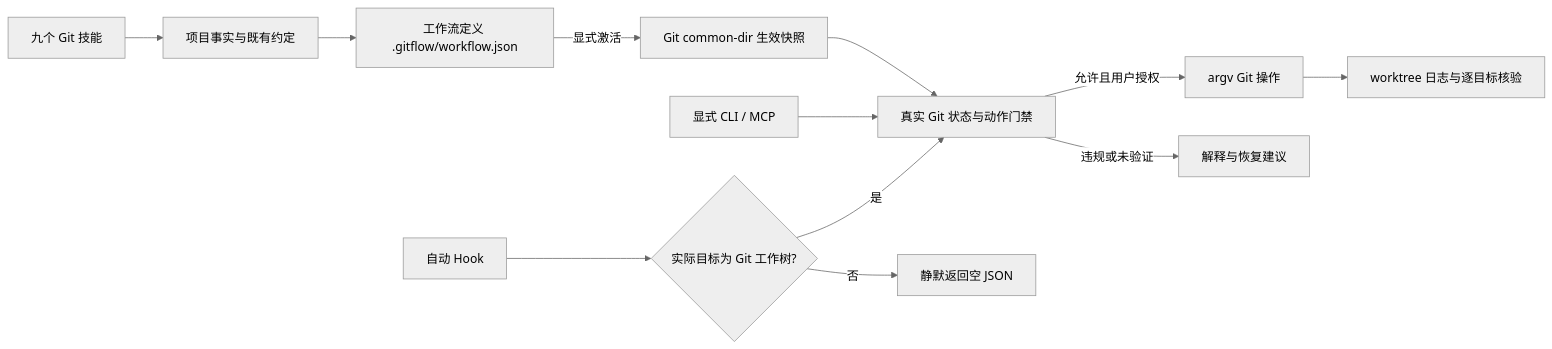
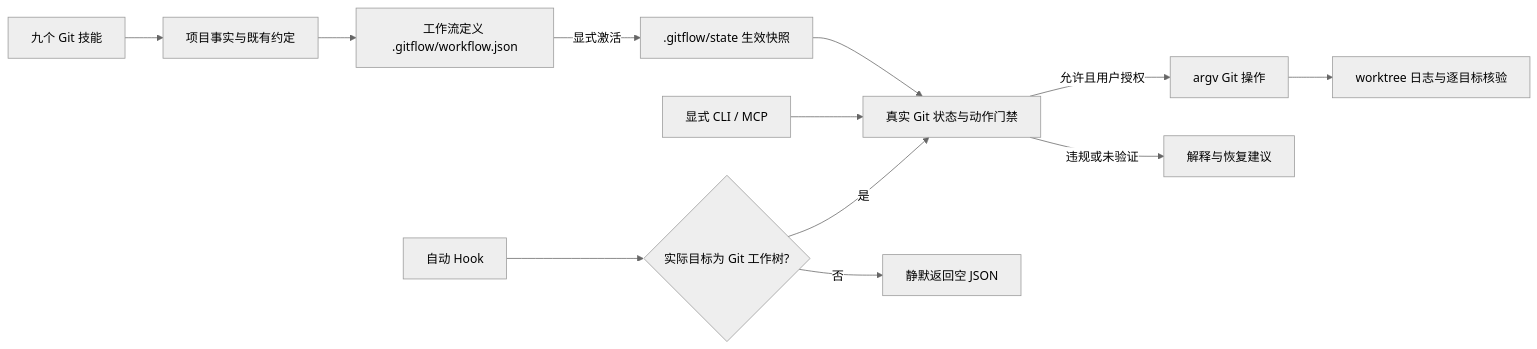
One commit to full-stack-plugins/gitflow-plugin changed the diagram in README.md. Above: the diagram before and after it, drawn with Mermaid (neutral theme). The commit also changed other lines of this file and 64 other files, not shown here.

````diff
--- a/README.md
+++ b/README.md
@@ -9,14 +9,14 @@
 ```mermaid
 flowchart LR
   A[九个 Git 技能] --> B[项目事实与既有约定]
   B --> C[工作流定义 .gitflow/workflow.json]
-  C -->|显式激活| D[Git common-dir 生效快照]
+  C -->|显式激活| D[.gitflow/state 生效快照]
   H[自动 Hook] --> I{实际目标为 Git 工作树?}
   I -->|是| E[真实 Git 状态与动作门禁]
   I -->|否| N[静默返回空 JSON]
   M[显式 CLI / MCP] --> E
   D --> E
   E -->|允许且用户授权| F[argv Git 操作]
   E -->|违规或未验证| G[解释与恢复建议]
   F --> J[worktree 日志与逐目标核验]
 ```
````
